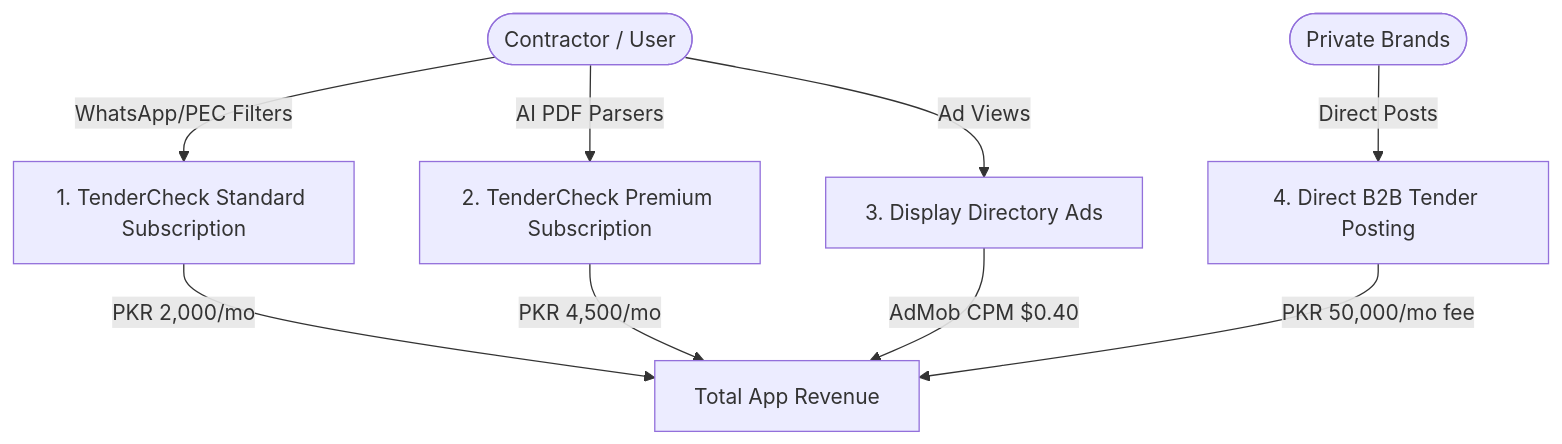
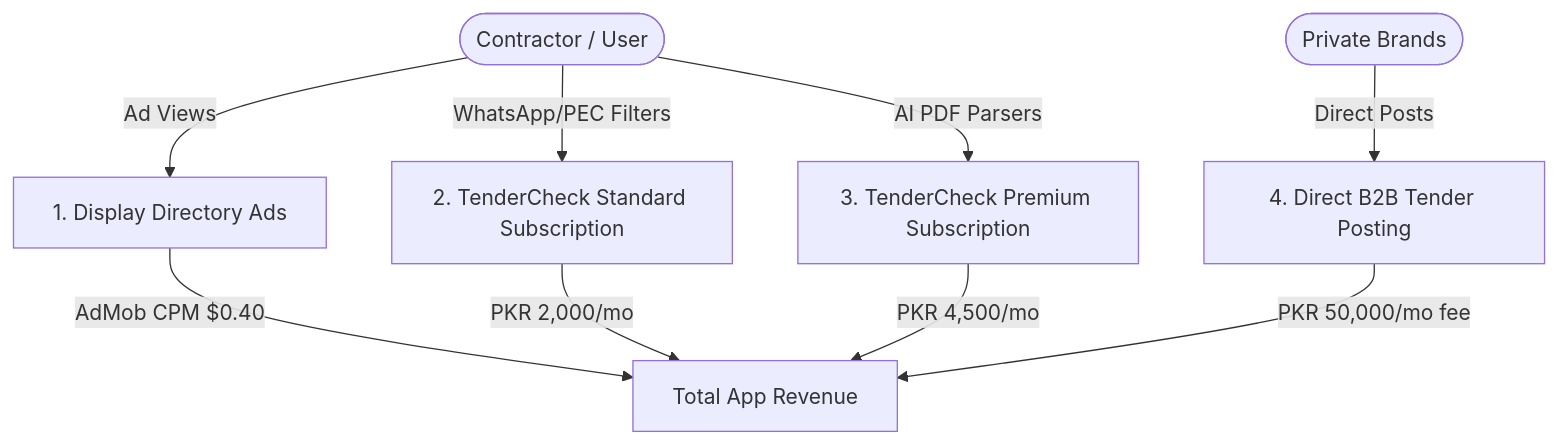
Before and after one commit to hasanjamshaid/androidapps_docs: the diagram in TenderCheck/revenue_model.md, drawn with Mermaid. The commit also changed other lines of this file and 18 other files, not shown here.

````diff
--- a/TenderCheck/revenue_model.md
+++ b/TenderCheck/revenue_model.md
@@ -22,12 +22,12 @@
 ```mermaid
 graph TD
-    User([Contractor / User]) -->|WhatsApp/PEC Filters| Std[1. TenderCheck Standard Subscription]
-    User -->|AI PDF Parsers| Prem[2. TenderCheck Premium Subscription]
-    User -->|Ad Views| Ads[3. Display Directory Ads]
+    User([Contractor / User]) -->|Ad Views| Ads[1. Display Directory Ads]
+    User -->|WhatsApp/PEC Filters| Std[2. TenderCheck Standard Subscription]
+    User -->|AI PDF Parsers| Prem[3. TenderCheck Premium Subscription]
     Corp([Private Brands]) -->|Direct Posts| Direct[4. Direct B2B Tender Posting]
 
-    Std -->|PKR 2,000/mo| Rev[Total App Revenue]
+    Ads -->|AdMob CPM $0.40| Rev[Total App Revenue]
+    Std -->|PKR 2,000/mo| Rev
     Prem -->|PKR 4,500/mo| Rev
-    Ads -->|AdMob CPM $0.40| Rev
     Direct -->|PKR 50,000/mo fee| Rev
 ```
````
